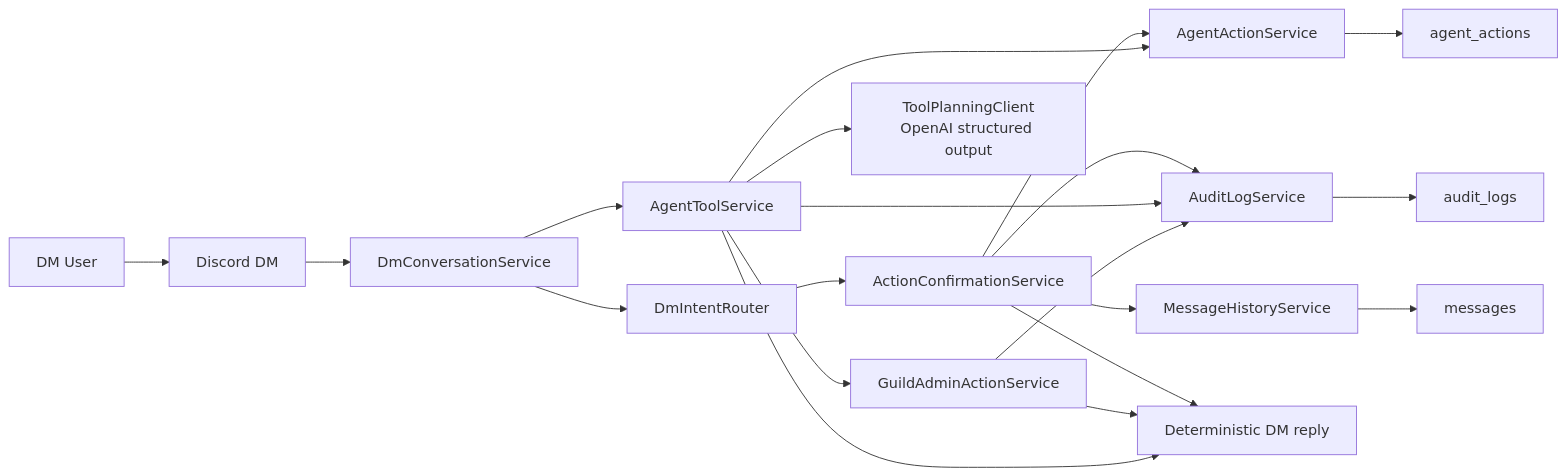
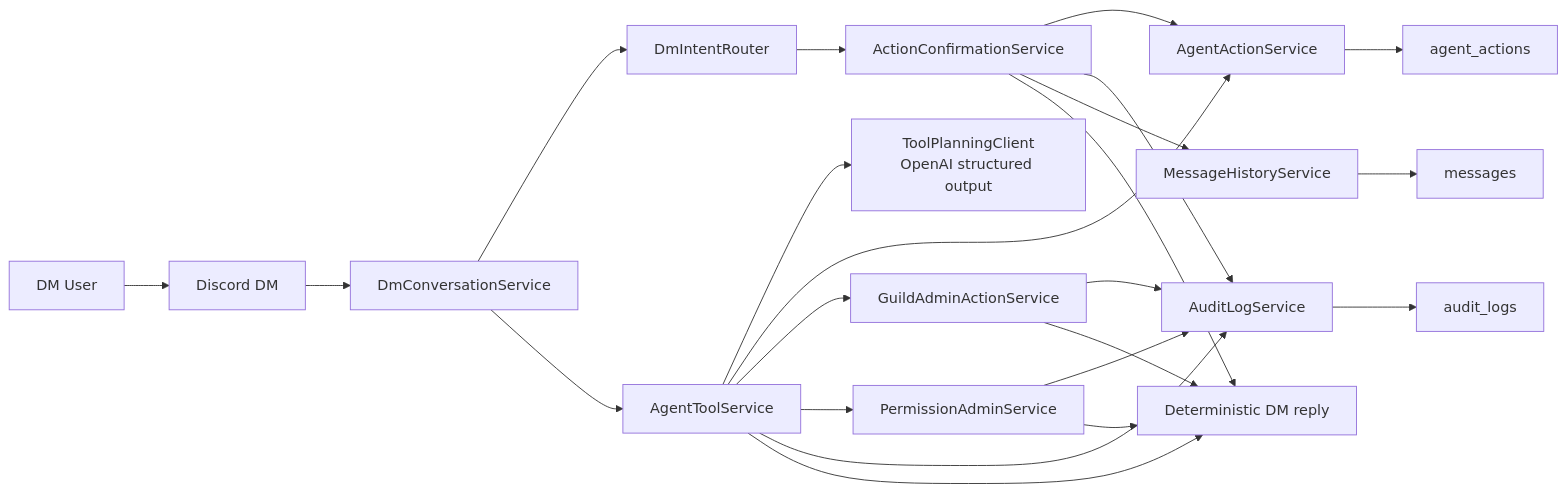
One commit to gOps132/GigiDC changed the diagram in docs/diagrams/dm-tool-execution-flow.md. Above: the diagram before and after it, drawn with Mermaid. The commit also changed other lines of this file and 36 other files, not shown here.

````diff
--- a/docs/diagrams/dm-tool-execution-flow.md
+++ b/docs/diagrams/dm-tool-execution-flow.md
@@ -5,38 +5,42 @@
 ```mermaid
 flowchart LR
   Requester["DM User"]
   DmMessage["Discord DM"]
   Conversation["DmConversationService"]
   Router["DmIntentRouter"]
   Confirm["ActionConfirmationService"]
   Planner["AgentToolService"]
   Model["ToolPlanningClient<br/>OpenAI structured output"]
   TaskAction["AgentActionService"]
   GuildAdmin["GuildAdminActionService"]
+  PermissionAdmin["PermissionAdminService"]
   Audit["AuditLogService"]
   History["MessageHistoryService"]
   ActionTable["agent_actions"]
   AuditTable["audit_logs"]
   MessageTable["messages"]
   Reply["Deterministic DM reply"]
 
   Requester --> DmMessage
   DmMessage --> Conversation
   Conversation --> Router
   Router --> Confirm
   Conversation --> Planner
   Planner --> Model
   Confirm --> TaskAction
   Confirm --> Audit
   Confirm --> History
   Planner --> TaskAction
   Planner --> GuildAdmin
+  Planner --> PermissionAdmin
   Planner --> Audit
   GuildAdmin --> Audit
+  PermissionAdmin --> Audit
   TaskAction --> ActionTable
   Audit --> AuditTable
   History --> MessageTable
   Confirm --> Reply
   GuildAdmin --> Reply
+  PermissionAdmin --> Reply
   Planner --> Reply
 ```
````
